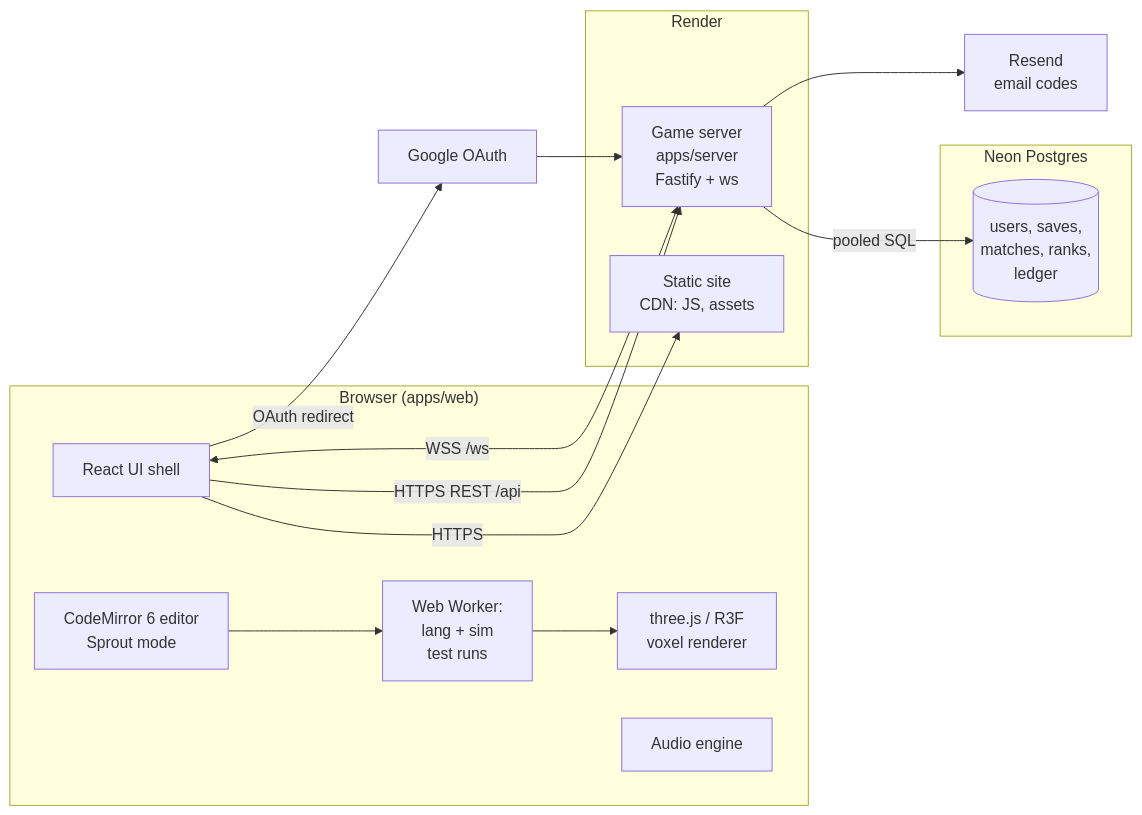
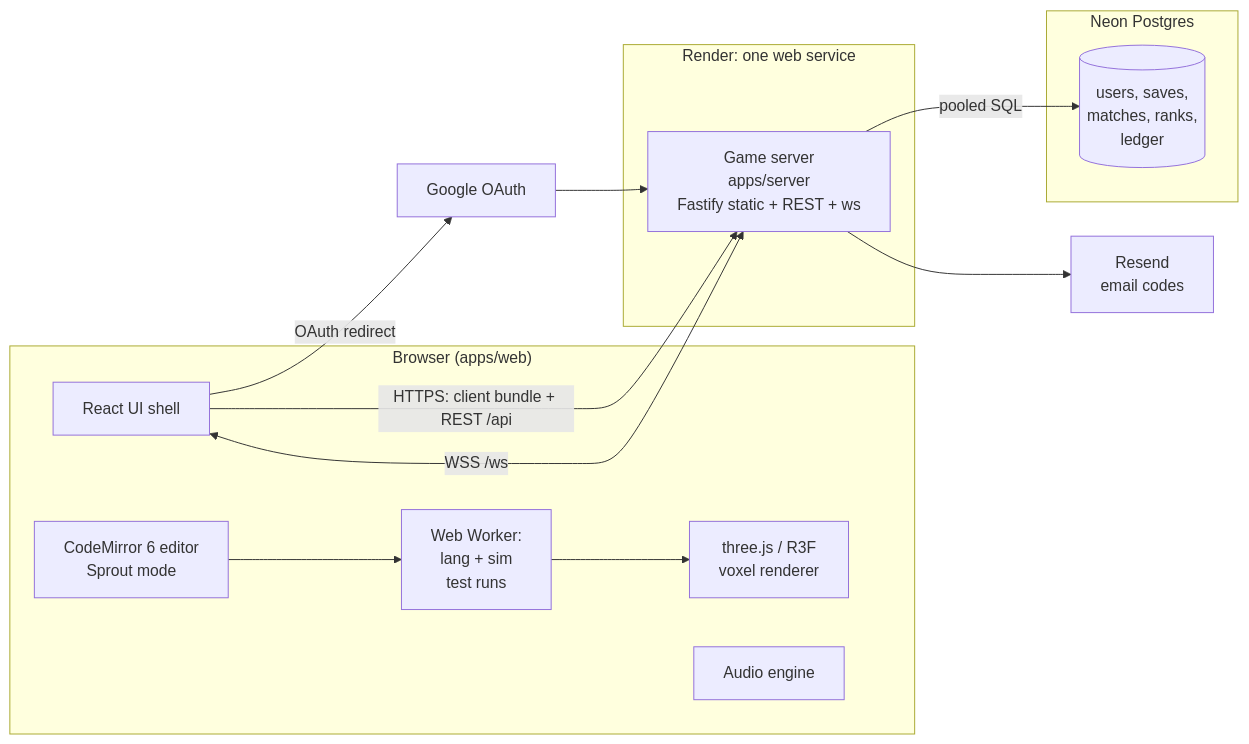
Before and after one commit to EvanGUTK/Harvest-Game: the first of 3 diagrams in docs/03-architecture/system-overview.md, drawn with Mermaid. The commit also changed other lines of this file and 33 other files, not shown here.

````diff
--- a/docs/03-architecture/system-overview.md
+++ b/docs/03-architecture/system-overview.md
@@ -5,31 +5,29 @@
 ```mermaid
 flowchart LR
   subgraph Browser["Browser (apps/web)"]
     UI[React UI shell]
     ED[CodeMirror 6 editor<br/>Sprout mode]
     R3F[three.js / R3F<br/>voxel renderer]
     LW[Web Worker:<br/>lang + sim<br/>test runs]
     AU[Audio engine]
   end
 
-  subgraph Render["Render"]
-    STATIC[Static site<br/>CDN: JS, assets]
-    API[Game server<br/>apps/server<br/>Fastify + ws]
+  subgraph Render["Render: one web service"]
+    API[Game server<br/>apps/server<br/>Fastify static + REST + ws]
   end
 
   subgraph Neon["Neon Postgres"]
     DB[(users, saves,<br/>matches, ranks,<br/>ledger)]
   end
 
   RESEND[Resend<br/>email codes]
   GOOGLE[Google OAuth]
 
-  UI -- HTTPS --> STATIC
-  UI -- HTTPS REST /api --> API
+  UI -- "HTTPS: client bundle + REST /api" --> API
   UI <-- WSS /ws --> API
   ED --> LW
   LW --> R3F
   API -- pooled SQL --> DB
   API --> RESEND
   UI -- OAuth redirect --> GOOGLE --> API
 ```
````
